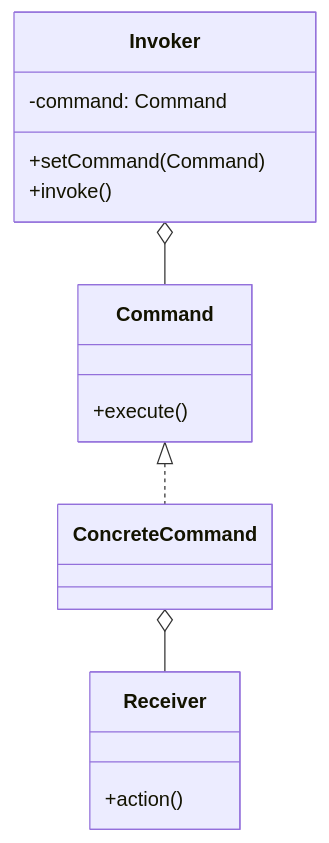
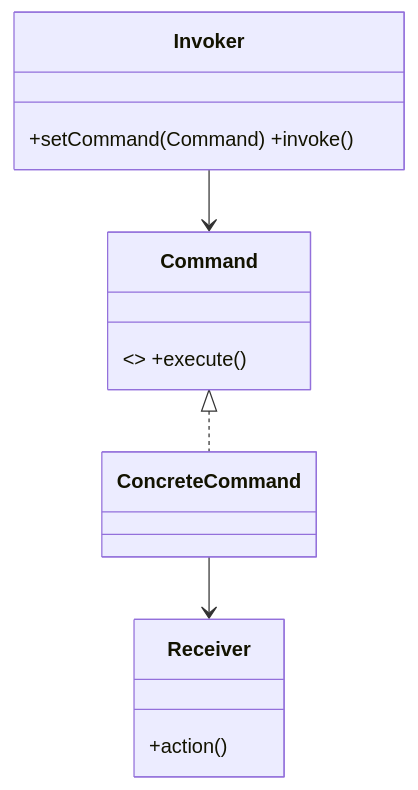
One commit to apdaza/gof-patterns-in-pygame changed diagram 14 of 23 in README.md. Above: the diagram before and after it, drawn with Mermaid. The commit also changed other lines of this file, not shown here.

````diff
--- a/README.md
+++ b/README.md
@@ -309,20 +606,10 @@
 ```mermaid
 classDiagram
-    direction TD
-    class Command {
-      +execute()
-    }
-    class ConcreteCommand
-    class Invoker {
-      -command: Command
-      +setCommand(Command)
-      +invoke()
-    }
-    class Receiver {
-      +action()
-    }
-
-    Command <|.. ConcreteCommand
-    Invoker o-- Command
-    ConcreteCommand o-- Receiver
+class Command{<<interface>> +execute()}
+class ConcreteCommand
+class Invoker{+setCommand(Command) +invoke()}
+class Receiver{+action()}
+Command <|.. ConcreteCommand
+Invoker --> Command
+ConcreteCommand --> Receiver
 ```
````
